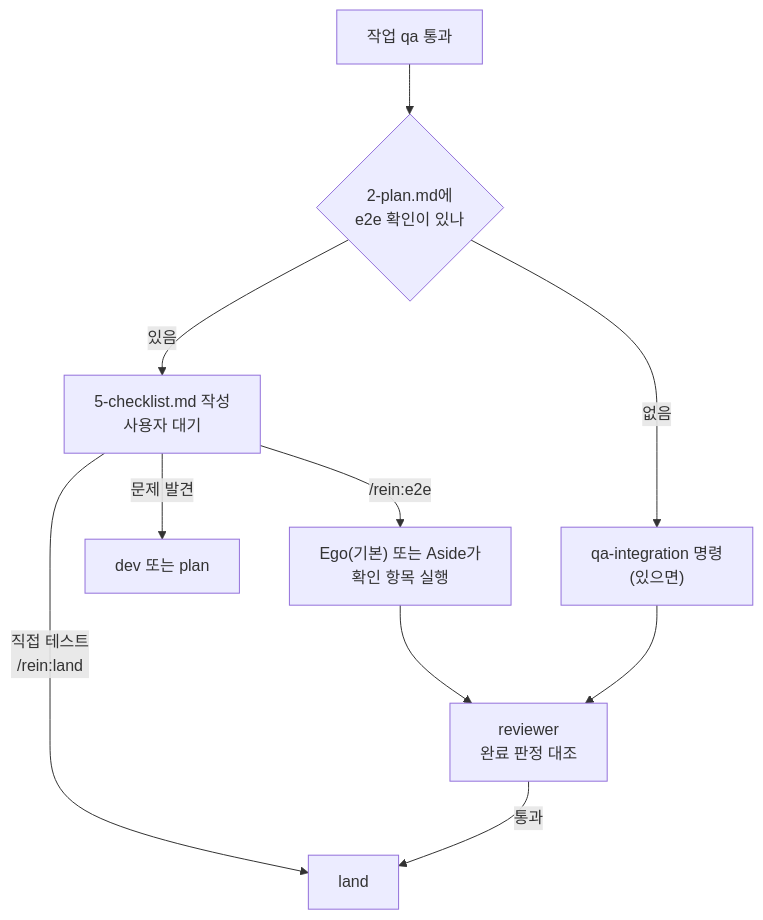
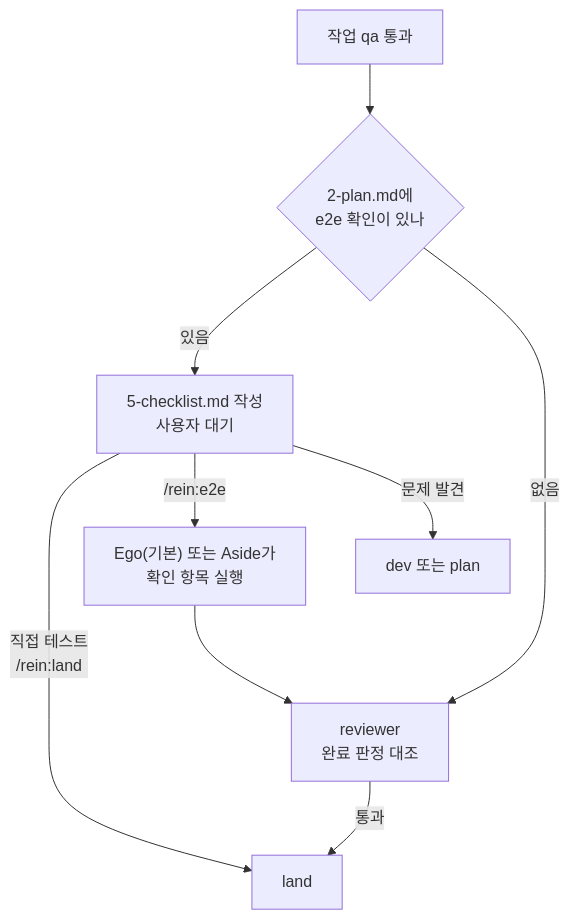
The diagram in docs/stages/5-qa.md (Bluewind8791/rein), drawn with Mermaid before and after one commit. The commit also changed other lines of this file and 16 other files, not shown here.

````diff
--- a/docs/stages/5-qa.md
+++ b/docs/stages/5-qa.md
@@ -26,12 +26,11 @@
 ```mermaid
 flowchart TD
     Q["작업 qa 통과"] --> E{"2-plan.md에<br/>e2e 확인이 있나"}
     E -->|"있음"| W["5-checklist.md 작성<br/>사용자 대기"]
     W -->|"직접 테스트<br/>/rein:land"| L["land"]
     W -->|"/rein:e2e"| B["Ego(기본) 또는 Aside가<br/>확인 항목 실행"]
     W -->|"문제 발견"| D["dev 또는 plan"]
-    E -->|"없음"| C["qa-integration 명령<br/>(있으면)"]
+    E -->|"없음"| V
     B --> V["reviewer<br/>완료 판정 대조"]
-    C --> V
     V -->|"통과"| L
 ```
````
